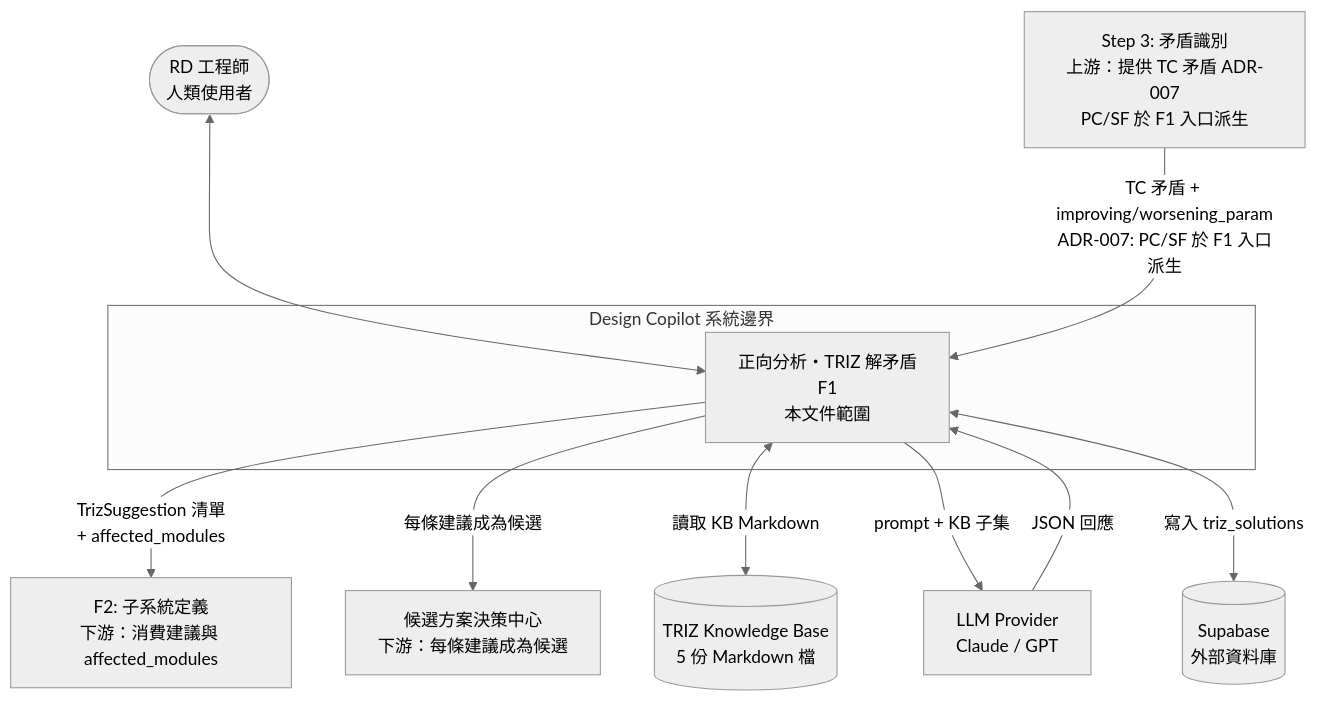
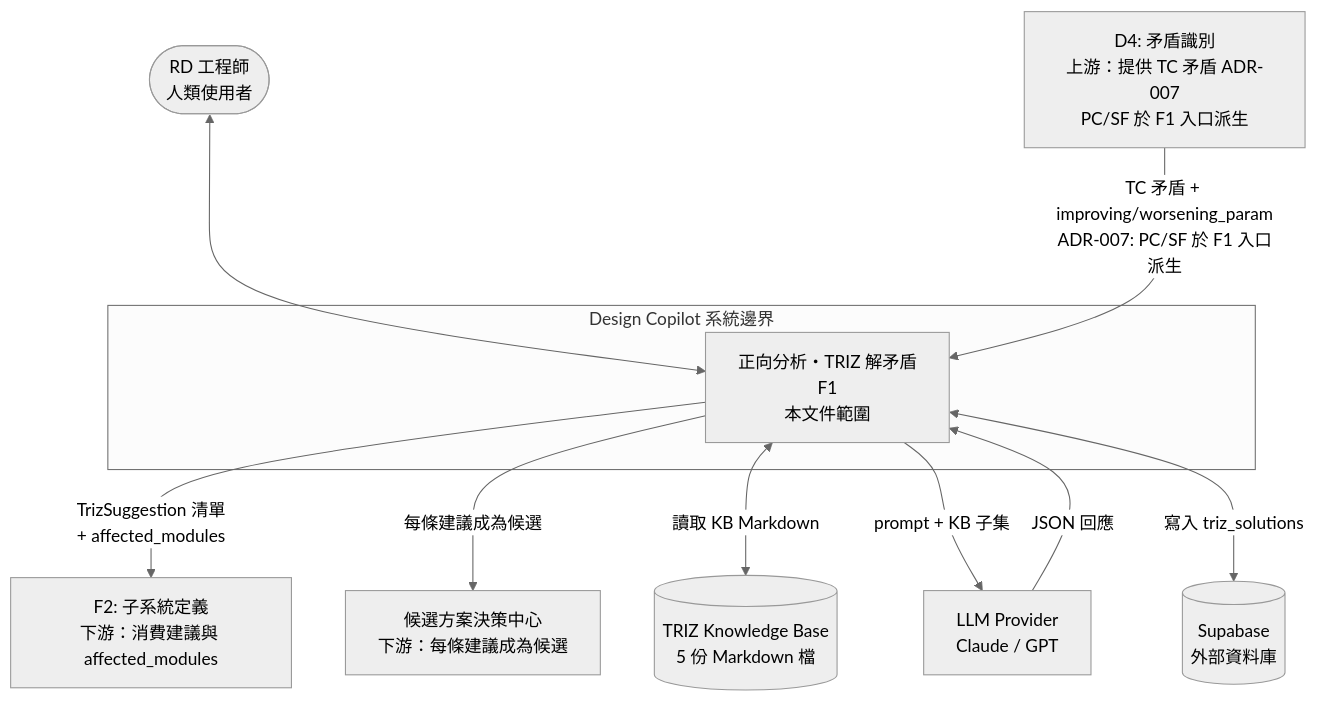
Before and after one commit to Zenobia0000/RD_copilot_system: the fourth of 30 diagrams in docs/01-define/diagrams/appendix-b--forward-triz-solver.md, drawn with Mermaid. The commit also changed other lines of this file and 45 other files, not shown here.

````diff
--- a/docs/01-define/diagrams/appendix-b--forward-triz-solver.md
+++ b/docs/01-define/diagrams/appendix-b--forward-triz-solver.md
@@ -234,26 +234,26 @@
 ```mermaid
 %%{init: {'theme': 'neutral'}}%%
 graph TB
     RD([RD 工程師<br/>人類使用者])
 
     subgraph BoundedContext[Design Copilot 系統邊界]
         F1[正向分析・TRIZ 解矛盾<br/>F1<br/>本文件範圍]
     end
 
-    Step3[Step 3: 矛盾識別<br/>上游：提供 TC 矛盾 ADR-007<br/>PC/SF 於 F1 入口派生]
+    Step3[D4: 矛盾識別<br/>上游：提供 TC 矛盾 ADR-007<br/>PC/SF 於 F1 入口派生]
     F2[F2: 子系統定義<br/>下游：消費建議與 affected_modules]
     Hub[候選方案決策中心<br/>下游：每條建議成為候選]
 
     KB[(TRIZ Knowledge Base<br/>5 份 Markdown 檔)]
     LLM[LLM Provider<br/>Claude / GPT]
     Supabase[(Supabase<br/>外部資料庫)]
 
     RD <--> F1
     Step3 -->|TC 矛盾 + improving/worsening_param<br/>ADR-007: PC/SF 於 F1 入口派生| F1
     F1 -->|TrizSuggestion 清單<br/>+ affected_modules| F2
     F1 -->|每條建議成為候選| Hub
     F1 <-->|讀取 KB Markdown| KB
     F1 -->|prompt + KB 子集| LLM
     LLM -->|JSON 回應| F1
     F1 <-->|寫入 triz_solutions| Supabase
 ```
````
